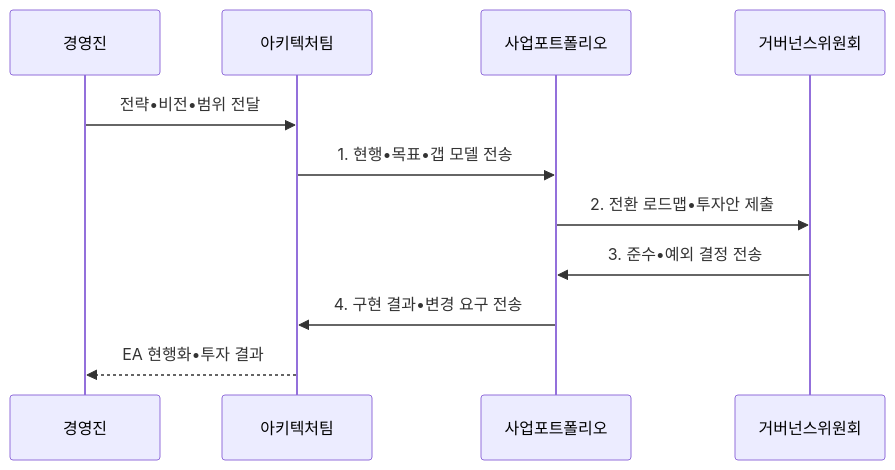
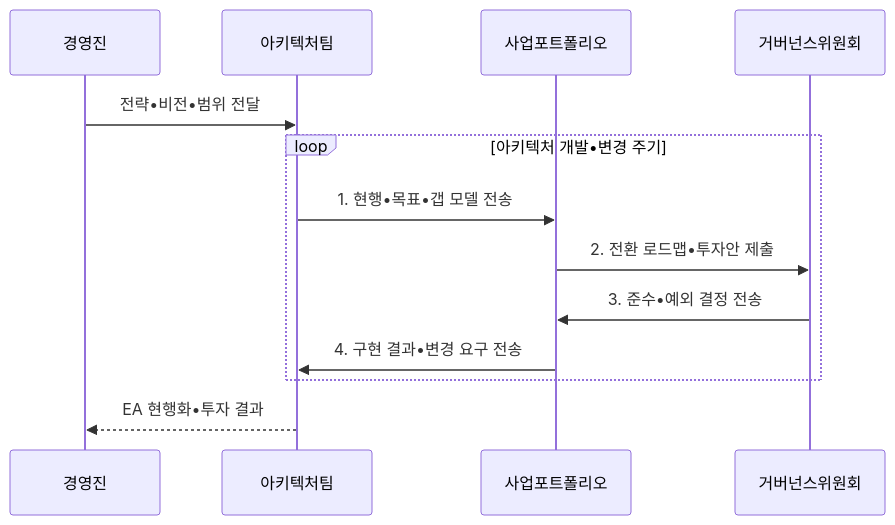
One commit to agnusdei1207/knowledge-base changed the second of 2 diagrams in src/content/docs/notes/07-law-policy/001_enterprise_architecture_togaf.md. Above: the diagram before and after it, drawn with Mermaid. The commit also changed other lines of this file and 18 other files, not shown here.

````diff
--- a/src/content/docs/notes/07-law-policy/001_enterprise_architecture_togaf.md
+++ b/src/content/docs/notes/07-law-policy/001_enterprise_architecture_togaf.md
@@ -99,13 +99,15 @@
 ```mermaid
 sequenceDiagram
     participant S as 경영진
     participant A as 아키텍처팀
     participant P as 사업포트폴리오
     participant G as 거버넌스위원회
     S->>A: 전략•비전•범위 전달
-    A->>P: 1. 현행•목표•갭 모델 전송
-    P->>G: 2. 전환 로드맵•투자안 제출
-    G->>P: 3. 준수•예외 결정 전송
-    P->>A: 4. 구현 결과•변경 요구 전송
+    loop 아키텍처 개발•변경 주기
+        A->>P: 1. 현행•목표•갭 모델 전송
+        P->>G: 2. 전환 로드맵•투자안 제출
+        G->>P: 3. 준수•예외 결정 전송
+        P->>A: 4. 구현 결과•변경 요구 전송
+    end
     A-->>S: EA 현행화•투자 결과
 ```
````
